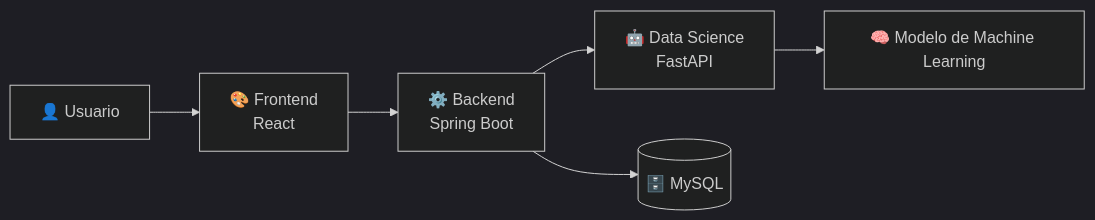
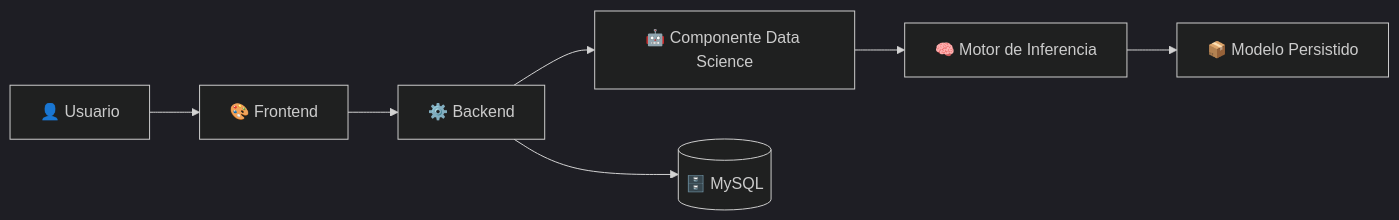
One commit to No-Country-simulation/g9-latam-team16-techmind changed the diagram in README.md. Above: the diagram before and after it, drawn with Mermaid (dark theme). The commit also changed other lines of this file and 20 other files, not shown here.

````diff
--- a/README.md
+++ b/README.md
@@ -76,21 +76,24 @@
 ```mermaid
 flowchart LR
 
     Usuario["👤 Usuario"]
 
-    AplicacionFrontend["🎨 Frontend<br/>React"]
+    Frontend["🎨 Frontend"]
 
-    ApiBackend["⚙️ Backend<br/>Spring Boot"]
+    Backend["⚙️ Backend"]
 
-    ComponenteDataScience["🤖 Data Science<br/>FastAPI"]
+    DataScience["🤖 Componente Data Science"]
 
-    ModeloClasificacion["🧠 Modelo de Machine Learning"]
+    Inferencia["🧠 Motor de Inferencia"]
 
-    BaseConocimiento[("🗄️ MySQL")]
+    Modelo["📦 Modelo Persistido"]
 
-    Usuario --> AplicacionFrontend
-    AplicacionFrontend --> ApiBackend
-    ApiBackend --> ComponenteDataScience
-    ComponenteDataScience --> ModeloClasificacion
-    ApiBackend --> BaseConocimiento
+    BaseDatos[("🗄️ MySQL")]
+
+    Usuario --> Frontend
+    Frontend --> Backend
+    Backend --> DataScience
+    DataScience --> Inferencia
+    Inferencia --> Modelo
+    Backend --> BaseDatos
 ```
````
